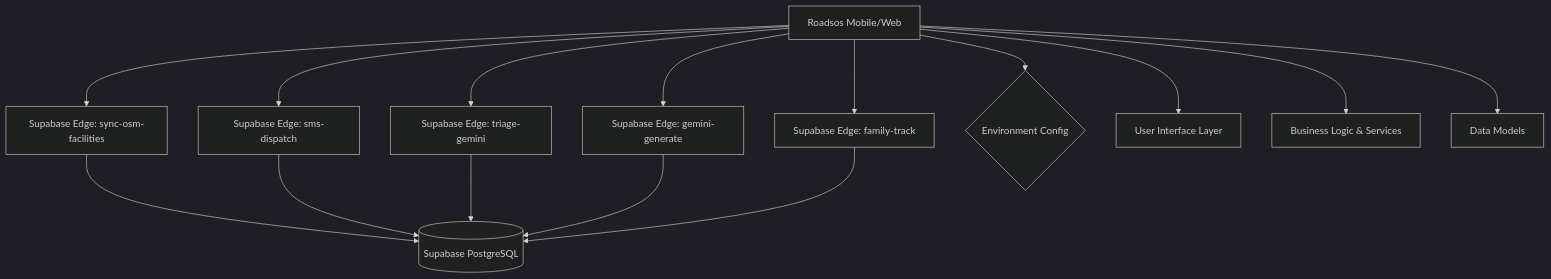
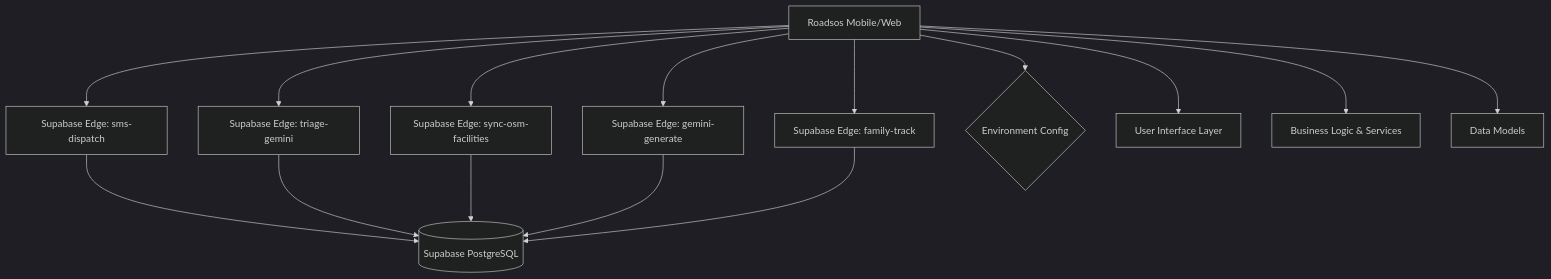
The first of 2 diagrams in docs/architecture/architecture.md (NITISH-R-G/RoadSOS), drawn with Mermaid (dark theme) before and after one commit. The commit also changed 2 other files, not shown here.

Commit message:
docs: auto-update architecture, diagrams, and README

````diff
--- a/docs/architecture/architecture.md
+++ b/docs/architecture/architecture.md
@@ -5,18 +5,18 @@
 ```mermaid
 graph TD
-    Client[Roadsos Mobile/Web]
-    Client --> Function_sync_osm_facilities[Supabase Edge: sync-osm-facilities]
-    Function_sync_osm_facilities --> SupabaseDB[(Supabase PostgreSQL)]
+    Client[Roadsos Mobile/Web] 
     Client --> Function_sms_dispatch[Supabase Edge: sms-dispatch]
     Function_sms_dispatch --> SupabaseDB[(Supabase PostgreSQL)]
     Client --> Function_triage_gemini[Supabase Edge: triage-gemini]
     Function_triage_gemini --> SupabaseDB[(Supabase PostgreSQL)]
+    Client --> Function_sync_osm_facilities[Supabase Edge: sync-osm-facilities]
+    Function_sync_osm_facilities --> SupabaseDB[(Supabase PostgreSQL)]
     Client --> Function_gemini_generate[Supabase Edge: gemini-generate]
     Function_gemini_generate --> SupabaseDB[(Supabase PostgreSQL)]
     Client --> Function_family_track[Supabase Edge: family-track]
     Function_family_track --> SupabaseDB[(Supabase PostgreSQL)]
     Client --> EnvVars{Environment Config}
     Client --> UI[User Interface Layer]
     Client --> Services[Business Logic & Services]
     Client --> Models[Data Models]
 ```
````
